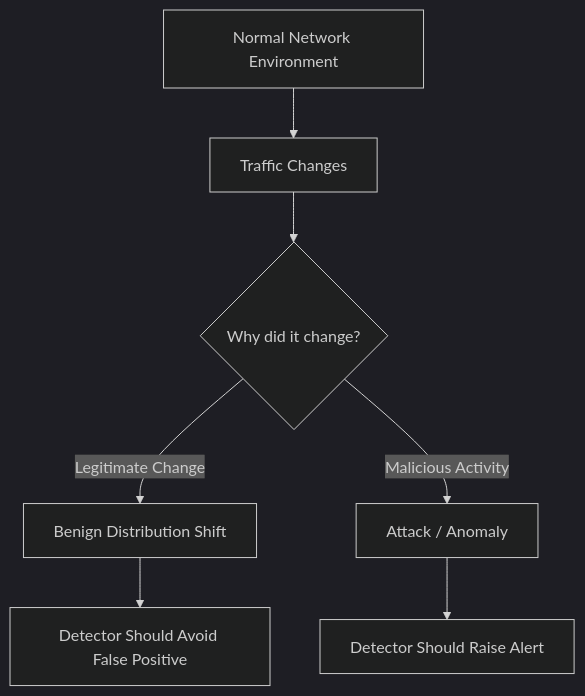
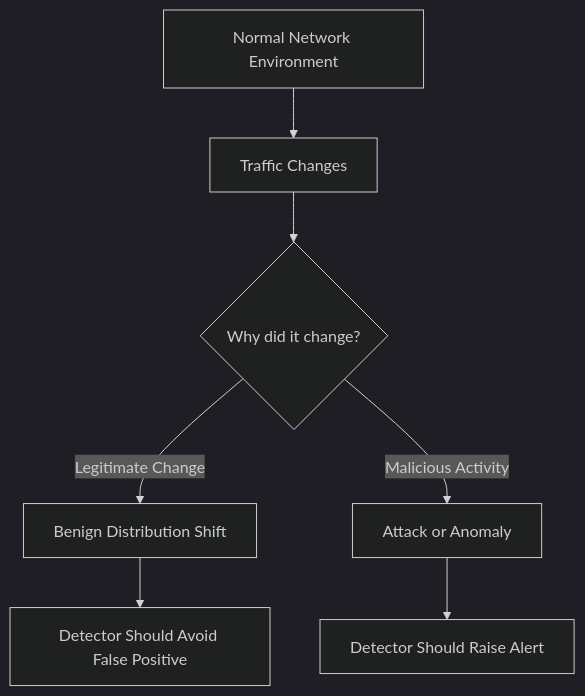
Before and after one commit to farhadakhtar/pca-network-anomaly-detection: the second of 20 diagrams in README.md, drawn with Mermaid (dark theme). The commit also changed other lines of this file, not shown here.

````diff
--- a/README.md
+++ b/README.md
@@ -177,11 +168,11 @@
 ```mermaid
 flowchart TD
     A[Normal Network Environment] --> B[Traffic Changes]
     B --> C{Why did it change?}
 
     C -->|Legitimate Change| D[Benign Distribution Shift]
-    C -->|Malicious Activity| E[Attack / Anomaly]
+    C -->|Malicious Activity| E[Attack or Anomaly]
 
     D --> F[Detector Should Avoid False Positive]
     E --> G[Detector Should Raise Alert]
 ```
````
